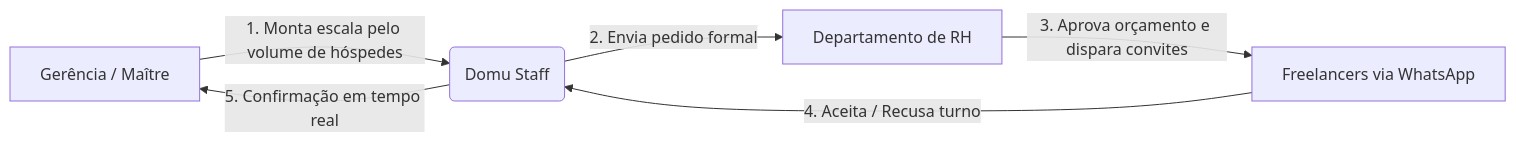
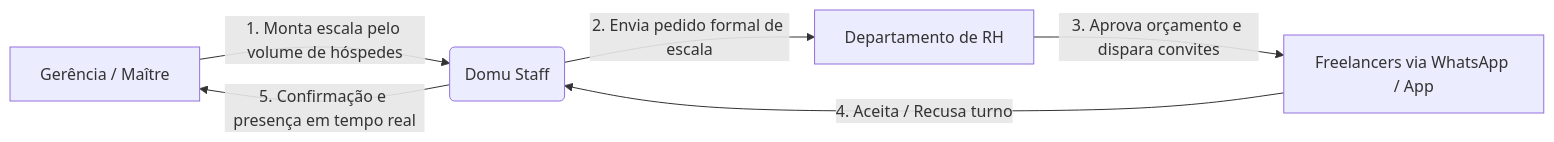
Before and after one commit to SXOCfPccXtiNCkFnng/DomuStaff: the diagram in relatorio_domu_staff.md, drawn with Mermaid. The commit also changed other lines of this file and 19 other files, not shown here.

````diff
--- a/relatorio_domu_staff.md
+++ b/relatorio_domu_staff.md
@@ -23,8 +23,8 @@
 ```mermaid
 flowchart LR
     A[Gerência / Maître] -->|1. Monta escala pelo volume de hóspedes| B(Domu Staff)
-    B -->|2. Envia pedido formal| C[Departamento de RH]
-    C -->|3. Aprova orçamento e dispara convites| D[Freelancers via WhatsApp]
+    B -->|2. Envia pedido formal de escala| C[Departamento de RH]
+    C -->|3. Aprova orçamento e dispara convites| D[Freelancers via WhatsApp / App]
     D -->|4. Aceita / Recusa turno| B
-    B -->|5. Confirmação em tempo real| A
+    B -->|5. Confirmação e presença em tempo real| A
 ```
````
